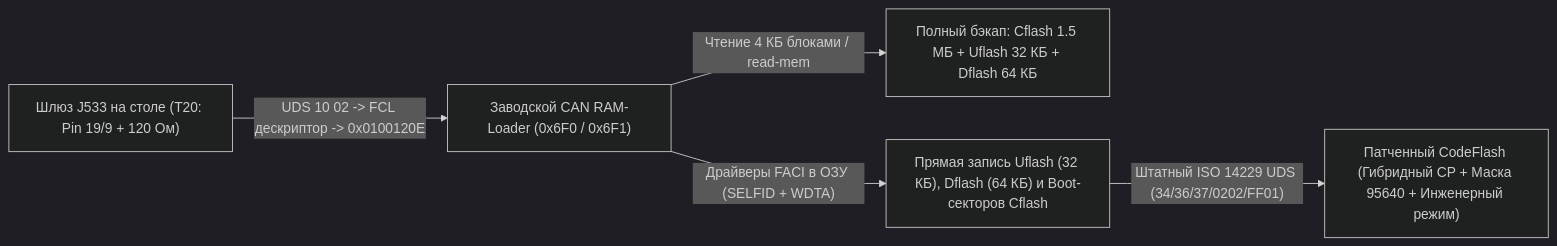
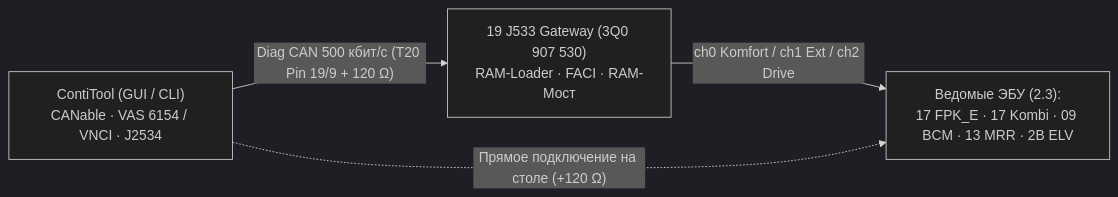
The diagram in README.md (perkthefox/mqb_contitool), drawn with Mermaid (dark theme) before and after one commit. The commit also changed other lines of this file and 7 other files, not shown here.

````diff
--- a/README.md
+++ b/README.md
@@ -82,7 +142,6 @@
 ```mermaid
 flowchart LR
-    T20["Шлюз J533 на столе (T20: Pin 19/9 + 120 Ом)"] -->|"UDS 10 02 -> FCL дескриптор -> 0x0100120E"| RAM["Заводской CAN RAM-Loader (0x6F0 / 0x6F1)"]
-    RAM -->|"Чтение 4 КБ блоками / read-mem"| BKP["Полный бэкап: Cflash 1.5 МБ + Uflash 32 КБ + Dflash 64 КБ"]
-    RAM -->|"Драйверы FACI в ОЗУ (SELFID + WDTA)"| FACI["Прямая запись Uflash (32 КБ), Dflash (64 КБ) и Boot-секторов Cflash"]
-    FACI -->|"Штатный ISO 14229 UDS (34/36/37/0202/FF01)"| CFL["Патченный CodeFlash (Гибридный CP + Маска 95640 + Инженерный режим)"]
+    PC["ContiTool (GUI / CLI)<br/>CANable · VAS 6154 / VNCI · J2534"] -->|"Diag CAN 500 кбит/с (T20 Pin 19/9 + 120 Ω)"| GW["19 J533 Gateway (3Q0 907 530)<br/>RAM-Loader · FACI · RAM-Мост"]
+    GW -->|"ch0 Komfort / ch1 Ext / ch2 Drive"| SLV["Ведомые ЭБУ (2.3):<br/>17 FPK_E · 17 Kombi · 09 BCM · 13 MRR · 2B ELV"]
+    PC -.->|"Прямое подключение на столе (+120 Ω)"| SLV
 ```
````
